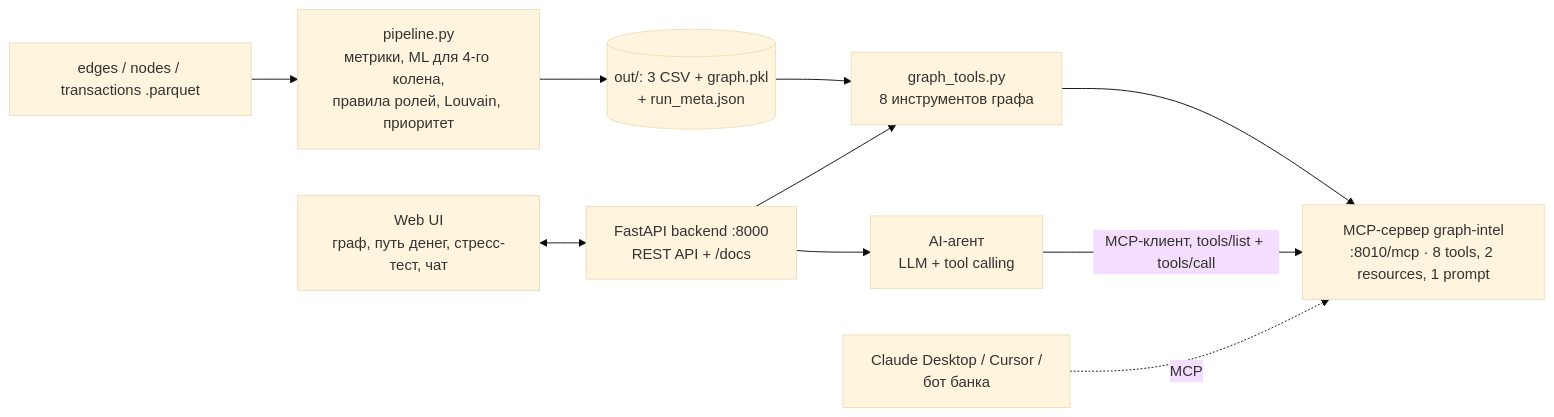
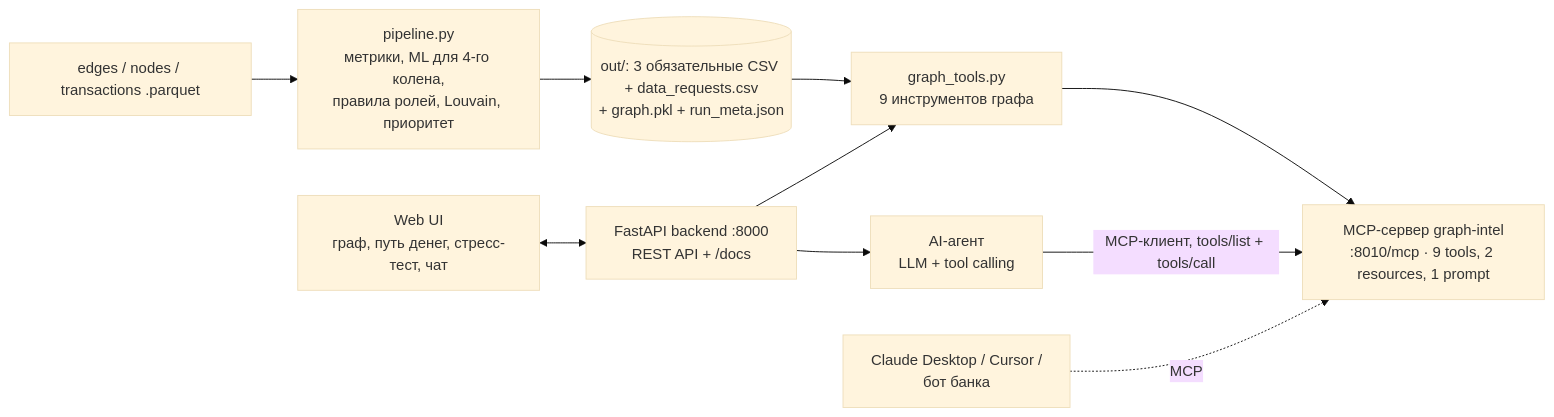
One commit to BAITC-Hacks/hack-4db729d3-sco-alasha changed the diagram in README.md. Above: the diagram before and after it, drawn with Mermaid (base theme). The commit also changed other lines of this file and 17 other files, not shown here.

Commit message:
feat: anomalies, structuring, data-gap requests, explain.py, requirements map

````diff
--- a/README.md
+++ b/README.md
@@ -59,12 +78,12 @@
 ```mermaid
 flowchart LR
     A[edges / nodes / transactions .parquet] --> B[pipeline.py<br/>метрики, ML для 4-го колена,<br/>правила ролей, Louvain, приоритет]
-    B --> C[(out/: 3 CSV + graph.pkl<br/>+ run_meta.json)]
-    C --> T[graph_tools.py<br/>8 инструментов графа]
-    T --> M[MCP-сервер graph-intel<br/>:8010/mcp · 8 tools, 2 resources, 1 prompt]
+    B --> C[(out/: 3 обязательные CSV + data_requests.csv<br/>+ graph.pkl + run_meta.json)]
+    C --> T[graph_tools.py<br/>9 инструментов графа]
+    T --> M[MCP-сервер graph-intel<br/>:8010/mcp · 9 tools, 2 resources, 1 prompt]
     W[Web UI<br/>граф, путь денег, стресс-тест, чат] <--> S[FastAPI backend :8000<br/>REST API + /docs]
     S --> T
     S --> AG[AI-агент<br/>LLM + tool calling]
     AG -- MCP-клиент, tools/list + tools/call --> M
     X[Claude Desktop / Cursor /<br/>бот банка] -. MCP .-> M
 ```
````
